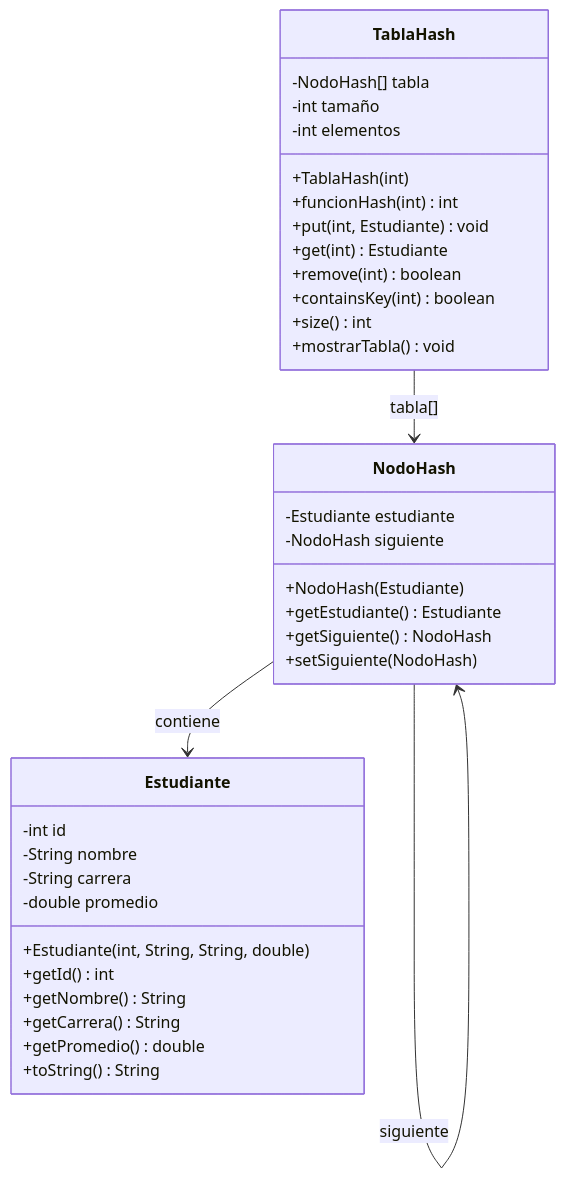
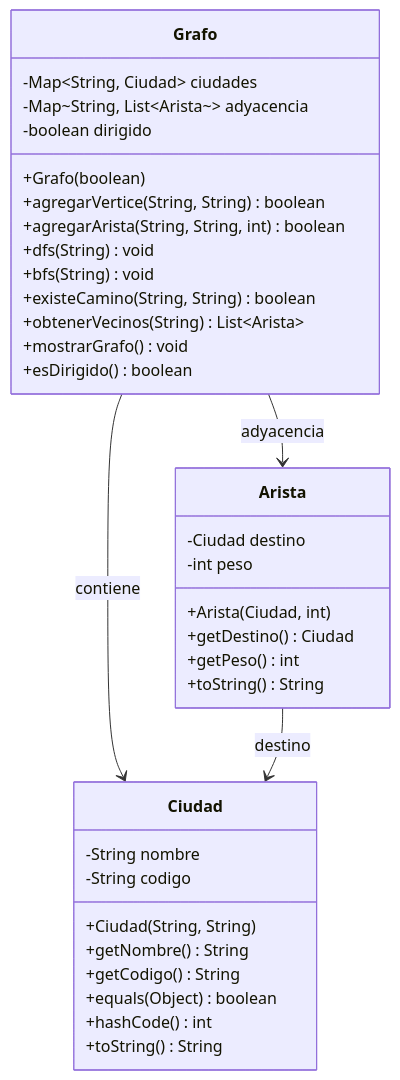
The sixth of 10 diagrams in MERMAID.md (rraulherediaa/PracticasEstructurasDatos), drawn with Mermaid before and after one commit. The commit also changed other lines of this file and 3 other files, not shown here.

Commit message:
Practica 9: Implementación de Grafos - Red de conexiones entre ciudades con DFS y BFS

````diff
--- a/MERMAID.md
+++ b/MERMAID.md
@@ -115,42 +162,41 @@
 ```mermaid
 classDiagram
-    class Estudiante {
-        -int id
+    class Ciudad {
         -String nombre
-        -String carrera
-        -double promedio
-        +Estudiante(int, String, String, double)
-        +getId() int
+        -String codigo
+        +Ciudad(String, String)
         +getNombre() String
-        +getCarrera() String
-        +getPromedio() double
+        +getCodigo() String
+        +equals(Object) boolean
+        +hashCode() int
         +toString() String
     }
     
-    class NodoHash {
-        -Estudiante estudiante
-        -NodoHash siguiente
-        +NodoHash(Estudiante)
-        +getEstudiante() Estudiante
-        +getSiguiente() NodoHash
-        +setSiguiente(NodoHash)
+    class Arista {
+        -Ciudad destino
+        -int peso
+        +Arista(Ciudad, int)
+        +getDestino() Ciudad
+        +getPeso() int
+        +toString() String
     }
     
-    class TablaHash {
-        -NodoHash[] tabla
-        -int tamaño
-        -int elementos
-        +TablaHash(int)
-        +funcionHash(int) int
-        +put(int, Estudiante) void
-        +get(int) Estudiante
-        +remove(int) boolean
-        +containsKey(int) boolean
-        +size() int
-        +mostrarTabla() void
+    class Grafo {
+        -Map~String, Ciudad~ ciudades
+        -Map~String, List~Arista~~ adyacencia
+        -boolean dirigido
+        +Grafo(boolean)
+        +agregarVertice(String, String) boolean
+        +agregarArista(String, String, int) boolean
+        +dfs(String) void
+        +bfs(String) void
+        +existeCamino(String, String) boolean
+        +obtenerVecinos(String) List~Arista~
+        +mostrarGrafo() void
+        +esDirigido() boolean
     }
     
-    NodoHash --> Estudiante : contiene
-    NodoHash --> NodoHash : siguiente
-    TablaHash --> NodoHash : tabla[]
+    Grafo --> Ciudad : contiene
+    Grafo --> Arista : adyacencia
+    Arista --> Ciudad : destino
 ```
````
